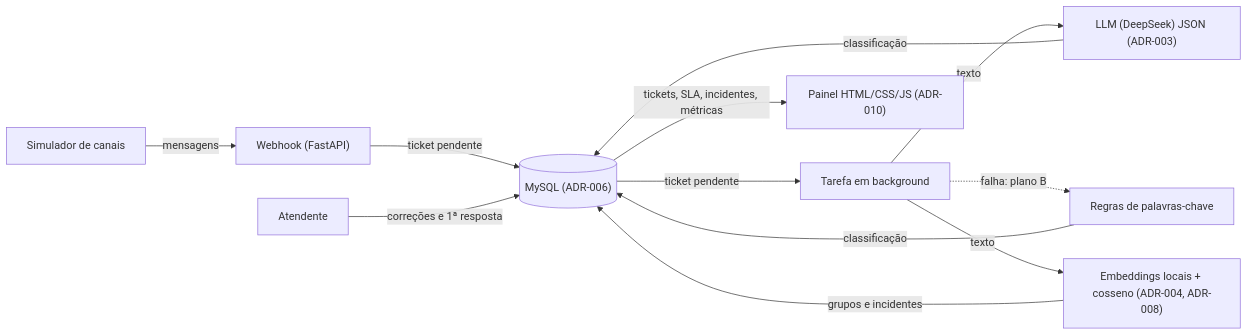
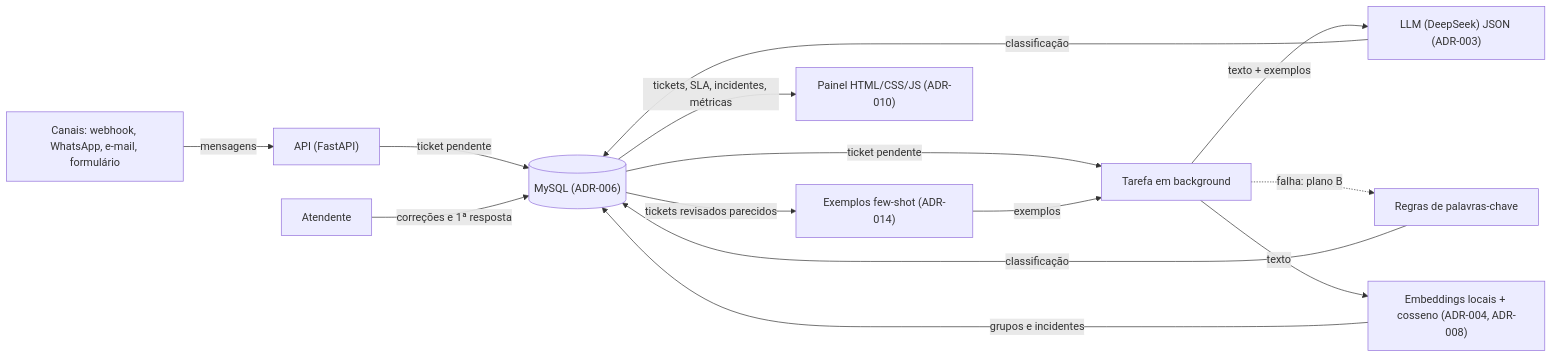
One commit to Miguel-Soares1/hackathon changed the diagram in management/arch.md. Above: the diagram before and after it, drawn with Mermaid. The commit also changed other lines of this file and 9 other files, not shown here.

First line of the commit message:
Atualiza a documentação para o few-shot e o projeto unificado

````diff
--- a/management/arch.md
+++ b/management/arch.md
@@ -19,14 +20,16 @@
 ```mermaid
 graph LR
-  SIM["Simulador de canais"] -->|mensagens| WH["Webhook (FastAPI)"]
+  SIM["Canais: webhook, WhatsApp, e-mail, formulário"] -->|mensagens| WH["API (FastAPI)"]
   WH -->|ticket pendente| DB[("MySQL (ADR-006)")]
   DB -->|ticket pendente| BG["Tarefa em background"]
-  BG -->|texto| LLM["LLM (DeepSeek) JSON (ADR-003)"]
+  DB -->|tickets revisados parecidos| EX["Exemplos few-shot (ADR-014)"]
+  EX -->|exemplos| BG
+  BG -->|texto + exemplos| LLM["LLM (DeepSeek) JSON (ADR-003)"]
   BG -.->|falha: plano B| RULES["Regras de palavras-chave"]
   LLM -->|classificação| DB
   RULES -->|classificação| DB
   BG -->|texto| EMB["Embeddings locais + cosseno (ADR-004, ADR-008)"]
   EMB -->|grupos e incidentes| DB
   AT["Atendente"] -->|correções e 1ª resposta| DB
   DB -->|tickets, SLA, incidentes, métricas| UI["Painel HTML/CSS/JS (ADR-010)"]
 ```
````
